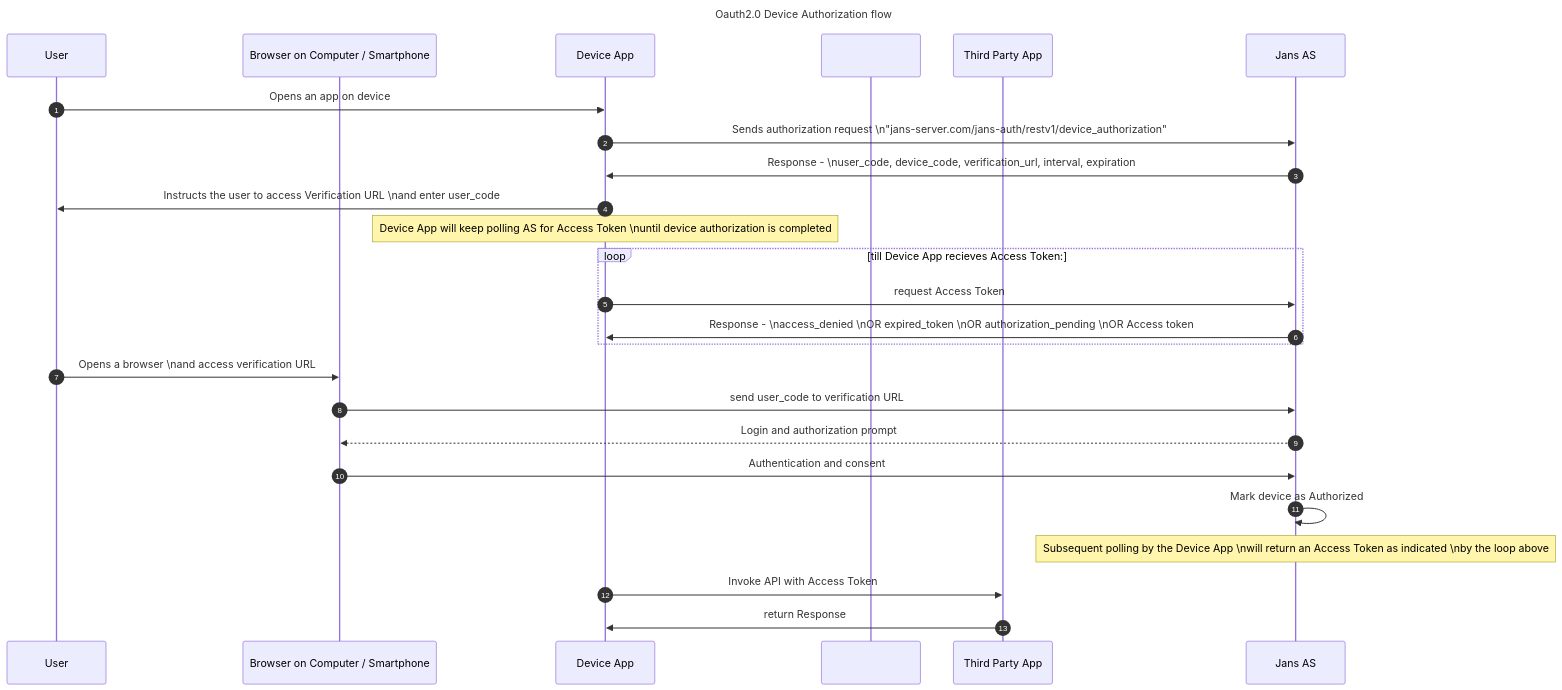
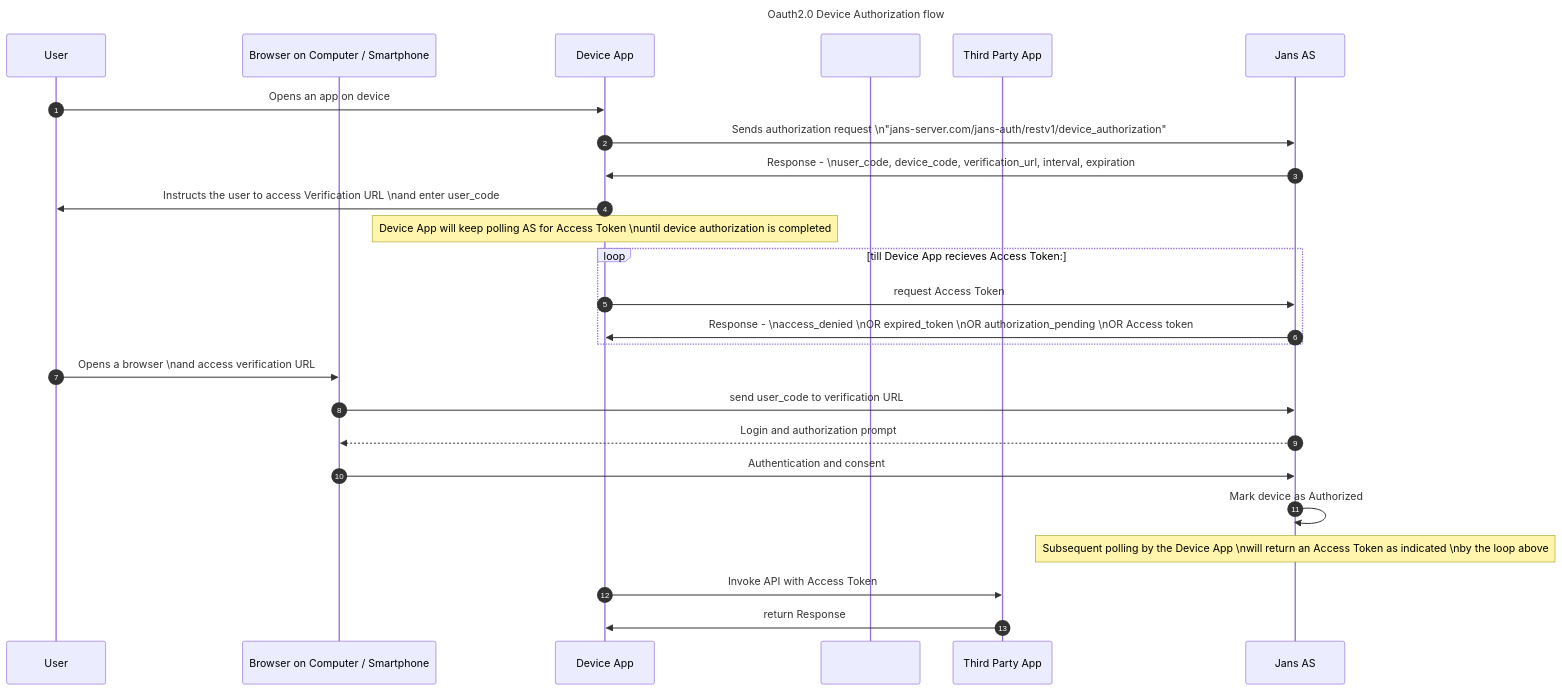
The diagram in head/janssen-server/auth-server/endpoints/device-authorization/index.md (JanssenProject/jans), drawn with Mermaid before and after one commit. The commit also changed 15 other files, not shown here.

````diff
--- a/head/janssen-server/auth-server/endpoints/device-authorization/index.md
+++ b/head/janssen-server/auth-server/endpoints/device-authorization/index.md
@@ -11,29 +11,30 @@
 ```mermaid
+%%{init: {"sequence": {"useMaxWidth": false, "diagramMarginX": 10, "messageMargin": 20}}}%%
 sequenceDiagram
 autonumber 1
     title Oauth2.0 Device Authorization flow
 
     participant User
     participant Browser on Computer / Smartphone
     participant Device App
     participant Jans AS
     participant Third Party App
 
     User->>Device App:Opens an app on device
     Device App->>Jans AS:Sends authorization request \n"jans-server.com/jans-auth/restv1/device_authorization"
     Jans AS->>Device App:Response - \nuser_code, device_code, verification_url, interval, expiration
     Device App ->>User: Instructs the user to access Verification URL \nand enter user_code
     note over Device App:Device App will keep polling AS for Access Token \nuntil device authorization is completed
     loop till Device App recieves Access Token:
     Device App->>Jans AS:request Access Token
     Jans AS->>Device App:Response - \naccess_denied \nOR expired_token \nOR authorization_pending \nOR Access token
     end
     User->>Browser on Computer / Smartphone:Opens a browser \nand access verification URL
     Browser on Computer / Smartphone->>Jans AS:send user_code to verification URL
     Jans AS -->> Browser on Computer / Smartphone :Login and authorization prompt
     Browser on Computer / Smartphone->>Jans AS:Authentication and consent
     Jans AS->>Jans AS: Mark device as Authorized
     note over Jans AS:Subsequent polling by the Device App \nwill return an Access Token as indicated \nby the loop above
     Device App->>Third Party App:Invoke API with Access Token
     Third Party App->>Device App: return Response
 ```
````
